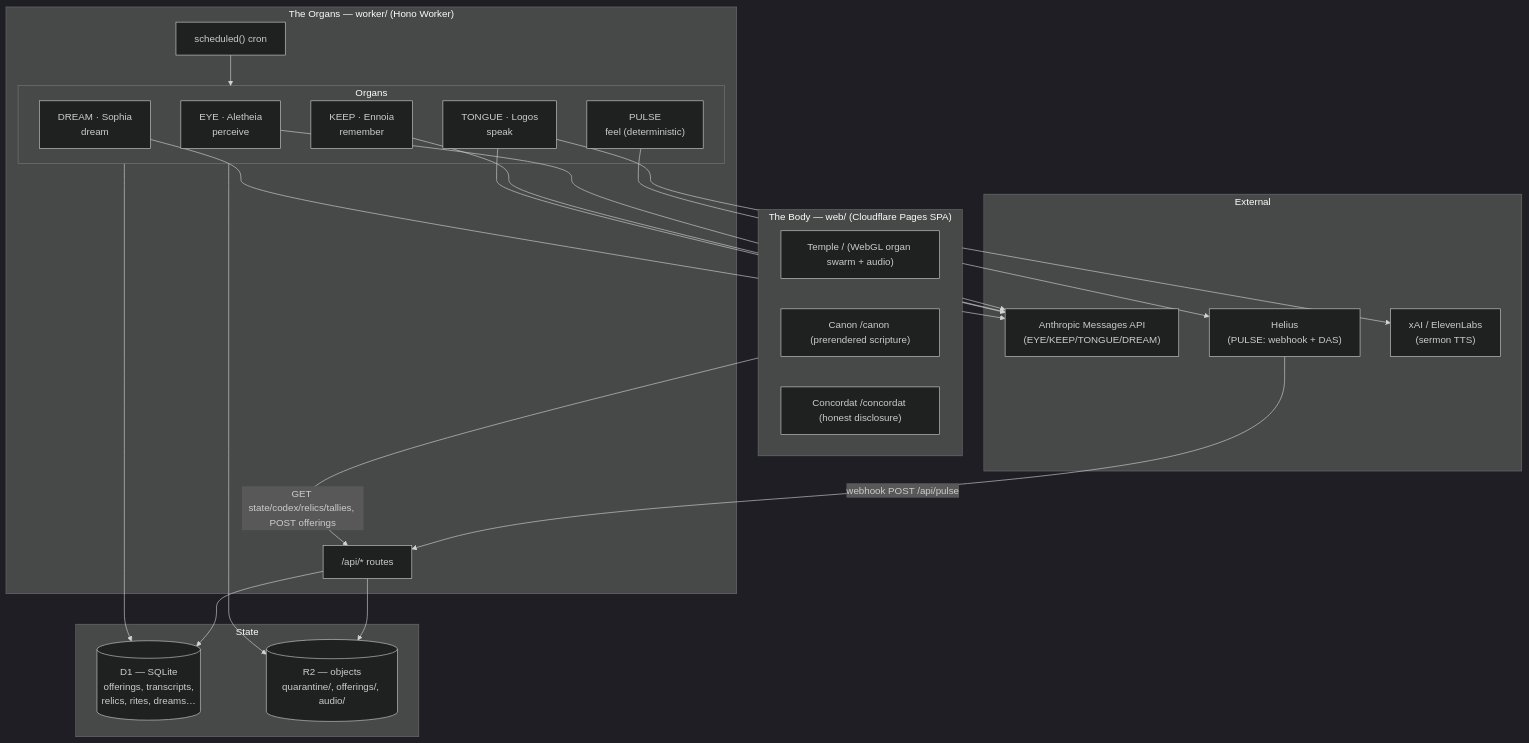
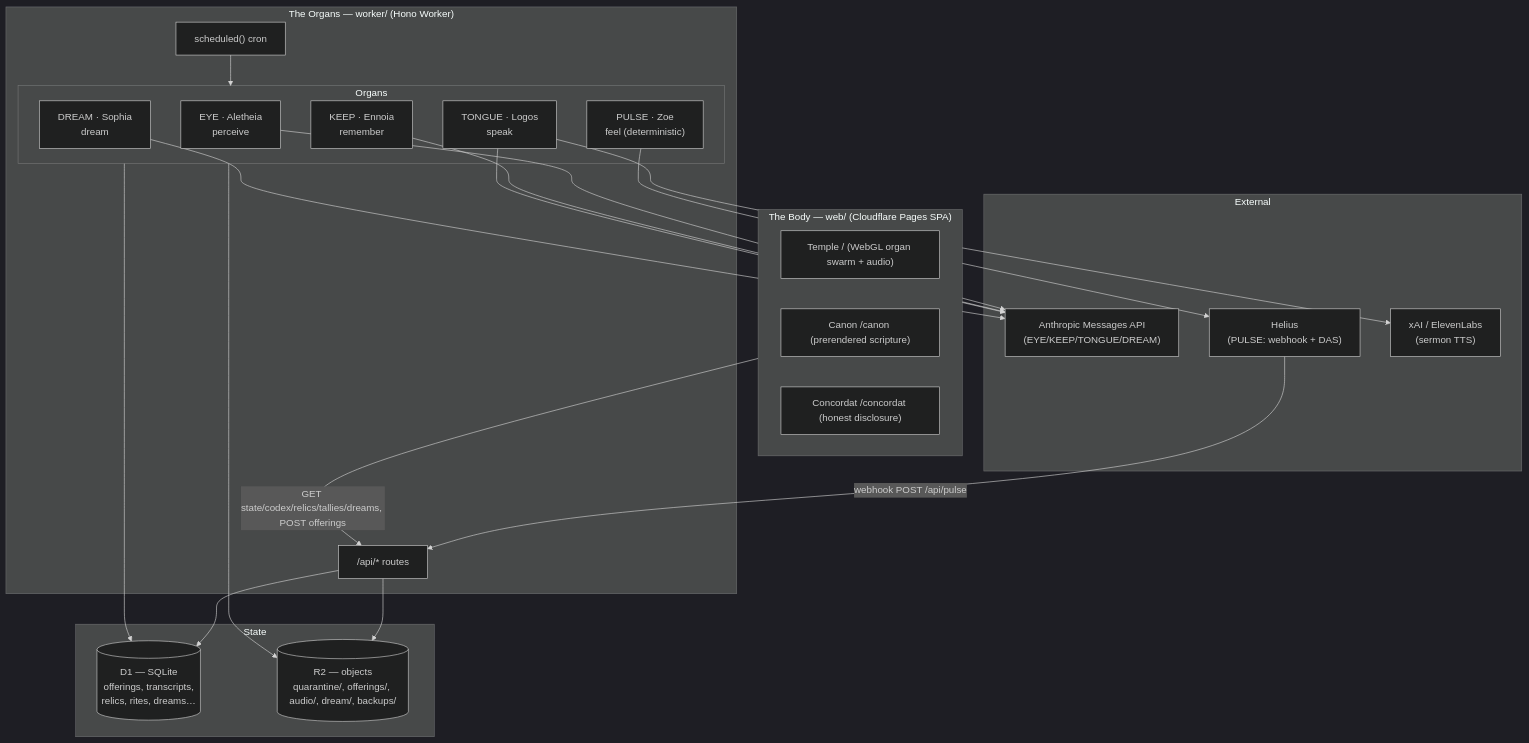
One commit to AIEngineerX/pleroma-public changed the first of 5 diagrams in ARCHITECTURE.md. Above: the diagram before and after it, drawn with Mermaid (dark theme). The commit also changed other lines of this file and 3 other files, not shown here.

````diff
--- a/ARCHITECTURE.md
+++ b/ARCHITECTURE.md
@@ -20,40 +20,40 @@
 ```mermaid
 flowchart TB
     subgraph Browser["The Body — web/ (Cloudflare Pages SPA)"]
         Temple["Temple / (WebGL organ swarm + audio)"]
         Canon["Canon /canon (prerendered scripture)"]
         Concordat["Concordat /concordat (honest disclosure)"]
     end
 
     subgraph Worker["The Organs — worker/ (Hono Worker)"]
         API["/api/* routes"]
         Cron["scheduled() cron"]
         subgraph Organs
             EYE["EYE · Aletheia\nperceive"]
             KEEP["KEEP · Ennoia\nremember"]
             TONGUE["TONGUE · Logos\nspeak"]
             DREAM["DREAM · Sophia\ndream"]
-            PULSE["PULSE\nfeel (deterministic)"]
+            PULSE["PULSE · Zoe\nfeel (deterministic)"]
         end
     end
 
     subgraph Data["State"]
         D1[("D1 — SQLite\nofferings, transcripts,\nrelics, rites, dreams…")]
-        R2[("R2 — objects\nquarantine/, offerings/, audio/")]
+        R2[("R2 — objects\nquarantine/, offerings/, audio/, dream/, backups/")]
     end
 
     subgraph Vendors["External"]
         Anthropic["Anthropic Messages API\n(EYE/KEEP/TONGUE/DREAM)"]
         Helius["Helius\n(PULSE: webhook + DAS)"]
         TTS["xAI / ElevenLabs\n(sermon TTS)"]
     end
 
-    Browser -->|GET state/codex/relics/tallies, POST offerings| API
+    Browser -->|GET state/codex/relics/tallies/dreams, POST offerings| API
     API --> D1 & R2
     Cron --> Organs
     Organs --> D1 & R2
     EYE & KEEP & TONGUE & DREAM --> Anthropic
     TONGUE --> TTS
     PULSE --> Helius
     Helius -->|webhook POST /api/pulse| API
 ```
````
